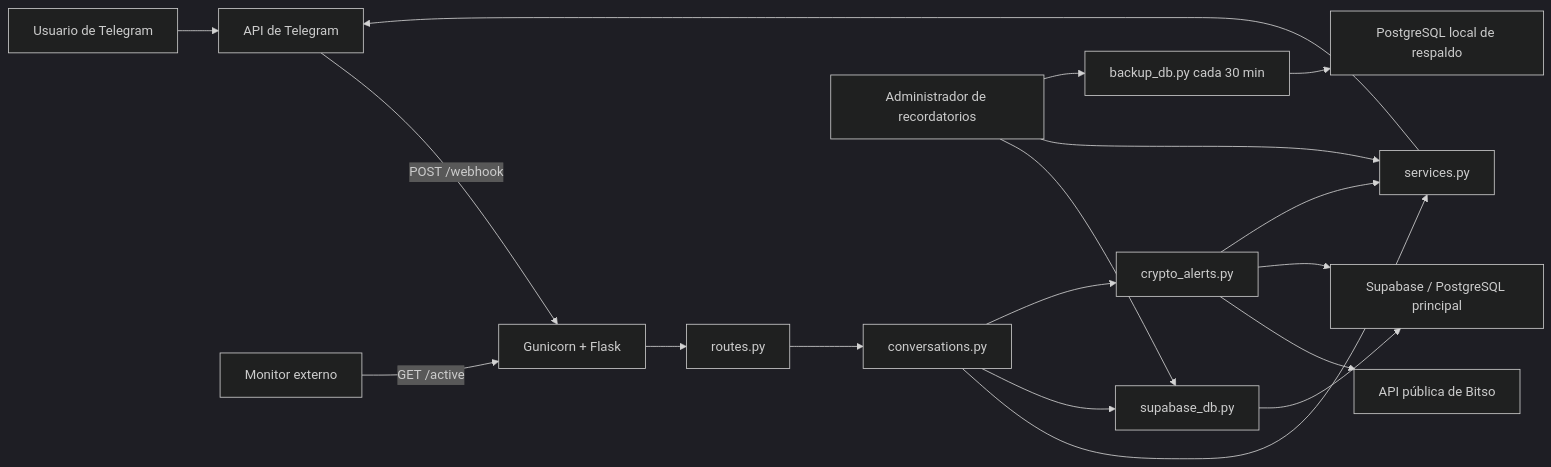
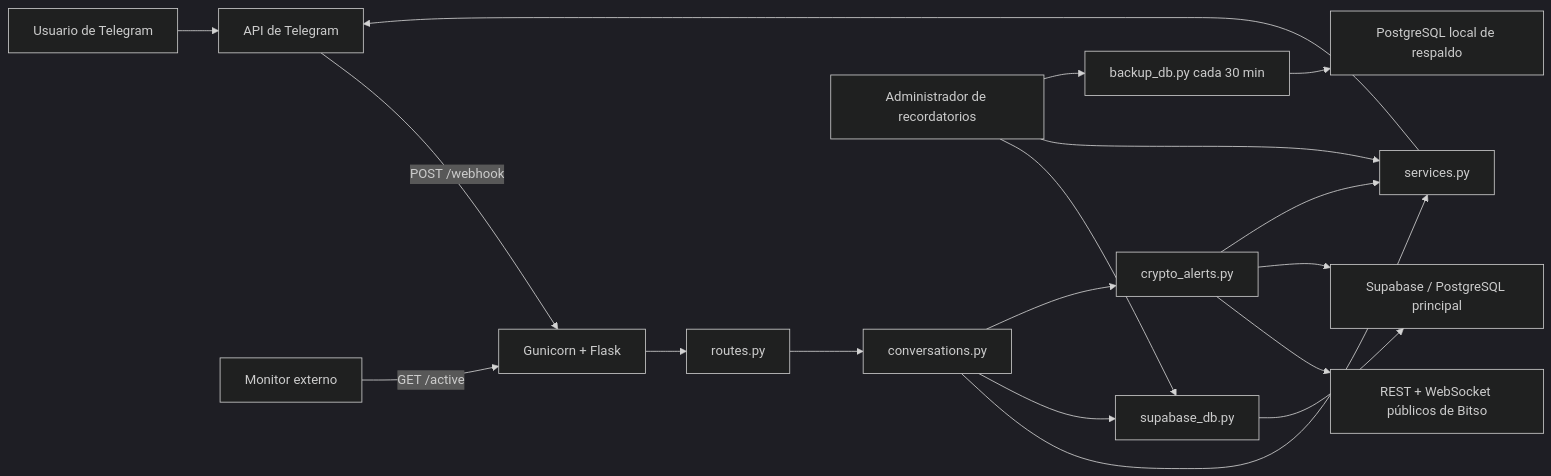
One commit to AndySiul26/arv_reminder changed the diagram in README.md. Above: the diagram before and after it, drawn with Mermaid (dark theme). The commit also changed other lines of this file and 8 other files, not shown here.

````diff
--- a/README.md
+++ b/README.md
@@ -61,20 +66,20 @@
 ```mermaid
 flowchart LR
     U["Usuario de Telegram"] --> T["API de Telegram"]
     T -->|"POST /webhook"| G["Gunicorn + Flask"]
     G --> R["routes.py"]
     R --> C["conversations.py"]
     C --> S["services.py"]
     S --> T
     C --> D["supabase_db.py"]
     C --> CA["crypto_alerts.py"]
-    CA --> BA["API pública de Bitso"]
+    CA --> BA["REST + WebSocket públicos de Bitso"]
     CA --> SB
     CA --> S
     A["Administrador de recordatorios"] --> D
     A --> S
     D --> SB["Supabase / PostgreSQL principal"]
     A --> B["backup_db.py cada 30 min"]
     B --> PG["PostgreSQL local de respaldo"]
     M["Monitor externo"] -->|"GET /active"| G
 ```
````
